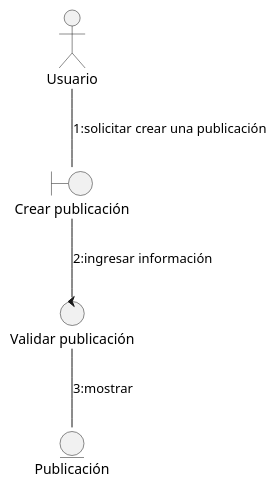
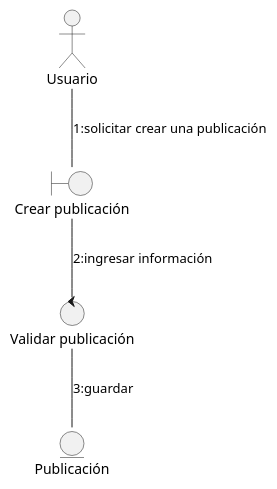
One commit to Dayannis-07/ING_SOFT changed the diagram in docs/scenariosView/collaborationDiagram/useCase-CrearEvento.puml. Above: the diagram before and after it, drawn with PlantUML.

Commit message:
uptade reto11

```diff
--- a/docs/scenariosView/collaborationDiagram/useCase-CrearEvento.puml
+++ b/docs/scenariosView/collaborationDiagram/useCase-CrearEvento.puml
@@ -1,9 +1,9 @@
 @startuml crear evento
 actor Usuario
 boundary "Crear publicación" as c
 Usuario--c :1:solicitar crear una publicación
 control "Validar publicación" as g
 c--g :2:ingresar información
 entity "Publicación" as p
-g--p :3:mostrar
+g--p :3:guardar
 @enduml
```
